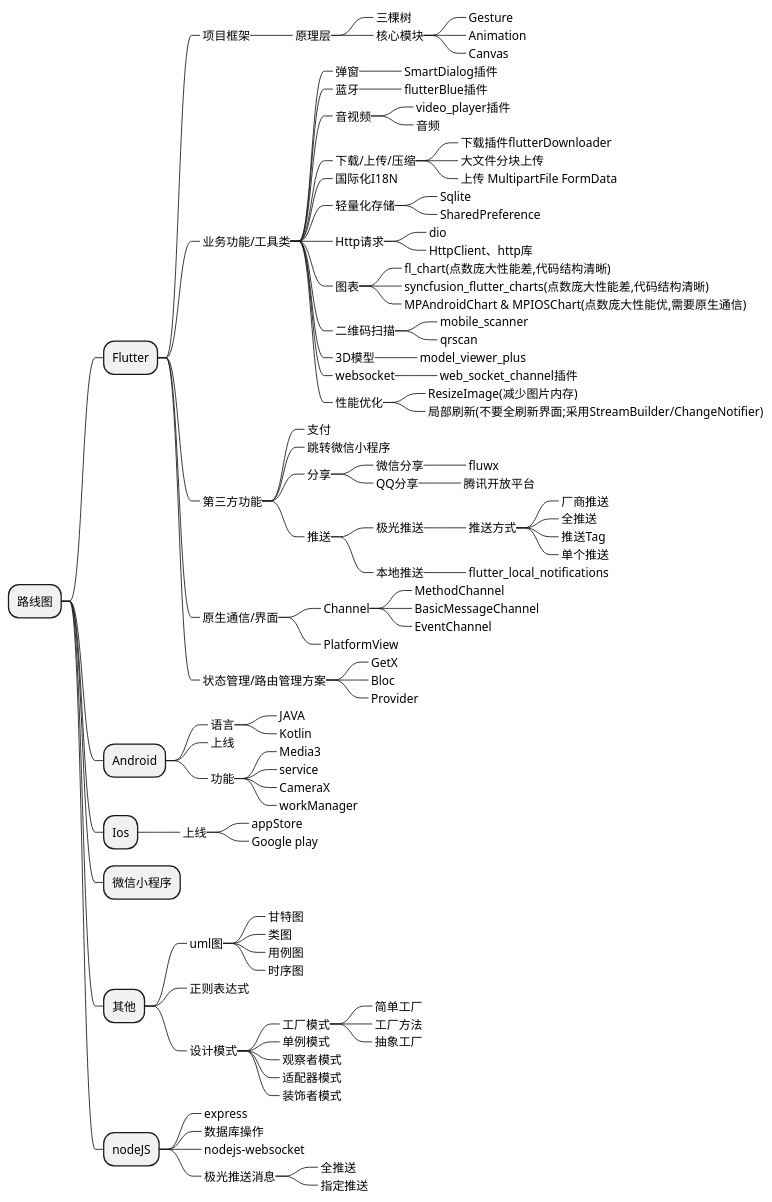
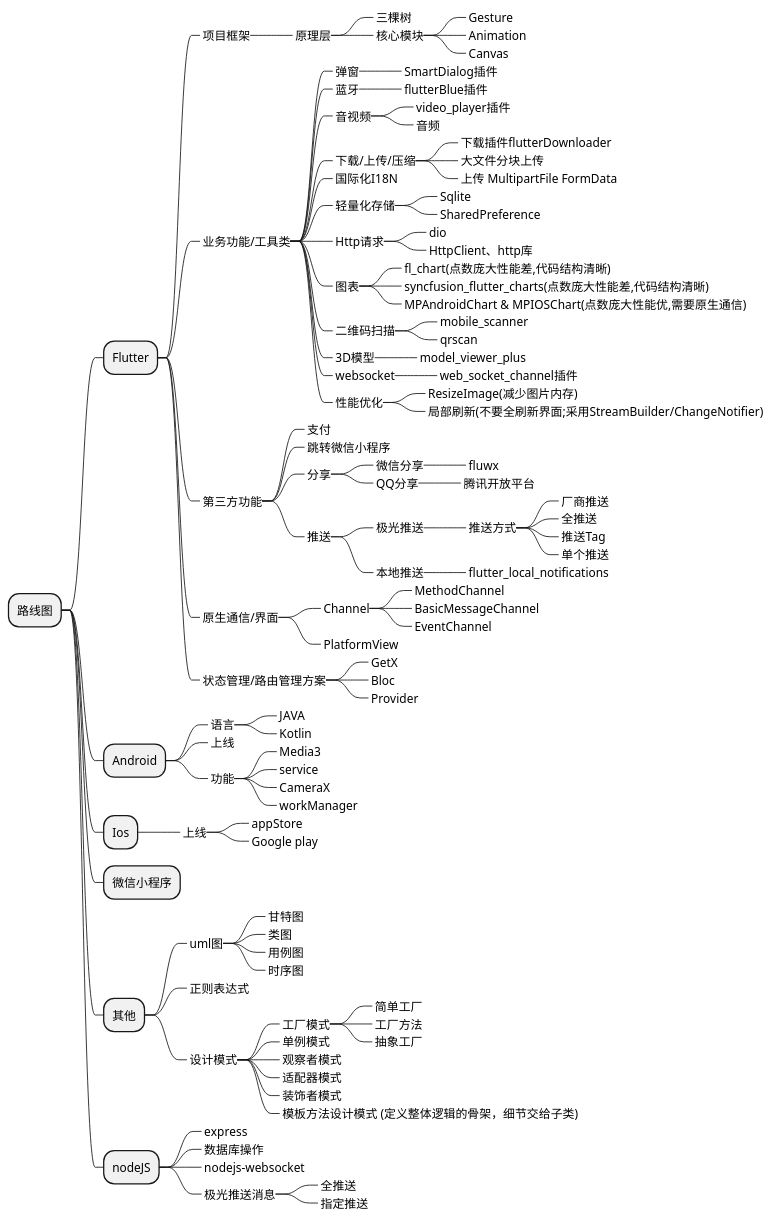
The diagram in schedule.pu (HEROhuqinchao/flutter_bilibili_getx), drawn with PlantUML before and after one commit. The commit also changed 4 other files, not shown here.

```diff
--- a/schedule.pu
+++ b/schedule.pu
@@ -1,120 +1,121 @@
 @startmindmap
 * 路线图
 
 ** Flutter
 ***_ 项目框架
 ****_ 原理层
 *****_ 三棵树
 *****_ 核心模块
 ******_ Gesture
 ******_ Animation
 ******_ Canvas
 
 ***_ 业务功能/工具类
 ****_ 弹窗
 *****_ SmartDialog插件
 ****_ 蓝牙
 *****_ flutterBlue插件
 ****_ 音视频
 *****_ video_player插件
 *****_ 音频
 ****_ 下载/上传/压缩
 *****_ 下载插件flutterDownloader
 *****_ 大文件分块上传
 *****_ 上传 MultipartFile FormData
 ****_ 国际化I18N
 ****_ 轻量化存储
 *****_ Sqlite
 *****_ SharedPreference
 ****_ Http请求
 *****_ dio
 *****_ HttpClient、http库
 ****_ 图表
 *****_ fl_chart(点数庞大性能差,代码结构清晰)
 *****_ syncfusion_flutter_charts(点数庞大性能差,代码结构清晰)
 *****_ MPAndroidChart & MPIOSChart(点数庞大性能优,需要原生通信)
 ****_ 二维码扫描
 *****_ mobile_scanner
 *****_ qrscan
 ****_ 3D模型
 *****_ model_viewer_plus
 ****_ websocket
 *****_ web_socket_channel插件
 ****_ 性能优化
 *****_ ResizeImage(减少图片内存)
 *****_ 局部刷新(不要全刷新界面;采用StreamBuilder/ChangeNotifier)
 
 ***_ 第三方功能
 ****_ 支付
 ****_ 跳转微信小程序
 ****_ 分享
 *****_ 微信分享
 ******_ fluwx
 *****_ QQ分享
 ******_ 腾讯开放平台
 ****_ 推送
 *****_ 极光推送
 ******_ 推送方式
 *******_ 厂商推送
 *******_ 全推送
 *******_ 推送Tag
 *******_ 单个推送
 *****_ 本地推送
 ******_ flutter_local_notifications
 
 ***_ 原生通信/界面
 ****_ Channel
 *****_ MethodChannel
 *****_ BasicMessageChannel
 *****_ EventChannel
 
 ****_ PlatformView
 
 ***_ 状态管理/路由管理方案
 ****_ GetX
 ****_ Bloc
 ****_ Provider
 
 ** Android
 ***_ 语言
 ****_ JAVA
 ****_ Kotlin
 ***_ 上线
 ***_ 功能
 ****_ Media3
 ****_ service
 ****_ CameraX
 ****_ workManager
 
 ** Ios
 ***_ 上线
 ****_ appStore
 ****_ Google play
 
 ** 微信小程序
 
 ** 其他
 ***_ uml图
 ****_ 甘特图
 ****_ 类图
 ****_ 用例图
 ****_ 时序图
 ***_ 正则表达式
 ***_ 设计模式
 ****_ 工厂模式
 *****_ 简单工厂
 *****_ 工厂方法
 *****_ 抽象工厂
 ****_ 单例模式
 ****_ 观察者模式
 ****_ 适配器模式
 ****_ 装饰者模式
+****_ 模板方法设计模式 (定义整体逻辑的骨架，细节交给子类)
 
 ** nodeJS
 ***_ express
 ***_ 数据库操作
 ***_ nodejs-websocket
 ***_ 极光推送消息
 ****_ 全推送
 ****_ 指定推送
 @endmindmap
```
